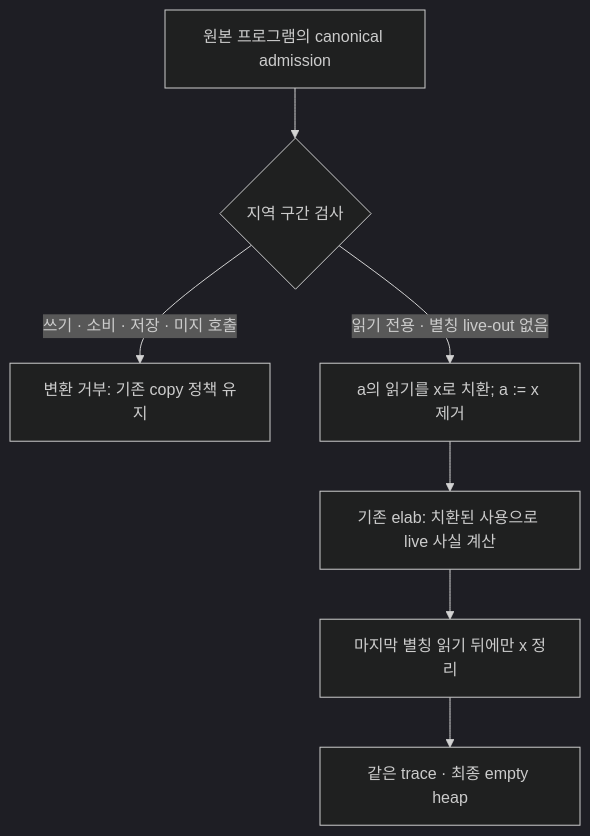
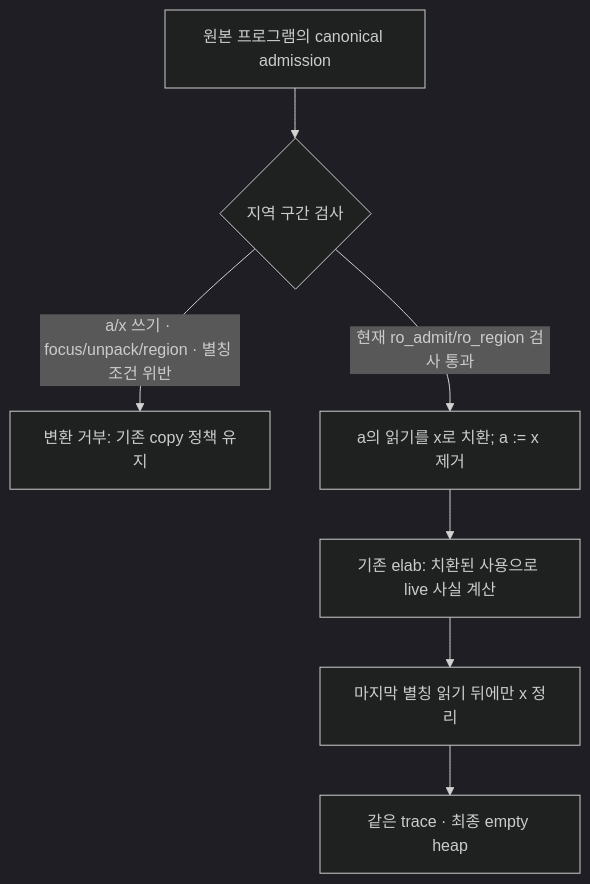
Before and after one commit to srtdog64/PergyraLang: the fifth of 5 diagrams in docs/207_compiler_owned_cleanup_algorithm.md, drawn with Mermaid (dark theme). The commit also changed other lines of this file and 20 other files, not shown here.

````diff
--- a/docs/207_compiler_owned_cleanup_algorithm.md
+++ b/docs/207_compiler_owned_cleanup_algorithm.md
@@ -428,9 +428,9 @@
 ```mermaid
 flowchart TD
     O["원본 프로그램의 canonical admission"] --> R{"지역 구간 검사"}
-    R -->|"쓰기 · 소비 · 저장 · 미지 호출"| N["변환 거부: 기존 copy 정책 유지"]
-    R -->|"읽기 전용 · 별칭 live-out 없음"| S["a의 읽기를 x로 치환; a := x 제거"]
+    R -->|"a/x 쓰기 · focus/unpack/region · 별칭 조건 위반"| N["변환 거부: 기존 copy 정책 유지"]
+    R -->|"현재 ro_admit/ro_region 검사 통과"| S["a의 읽기를 x로 치환; a := x 제거"]
     S --> L["기존 elab: 치환된 사용으로 live 사실 계산"]
     L --> D["마지막 별칭 읽기 뒤에만 x 정리"]
     D --> V["같은 trace · 최종 empty heap"]
 ```
````
